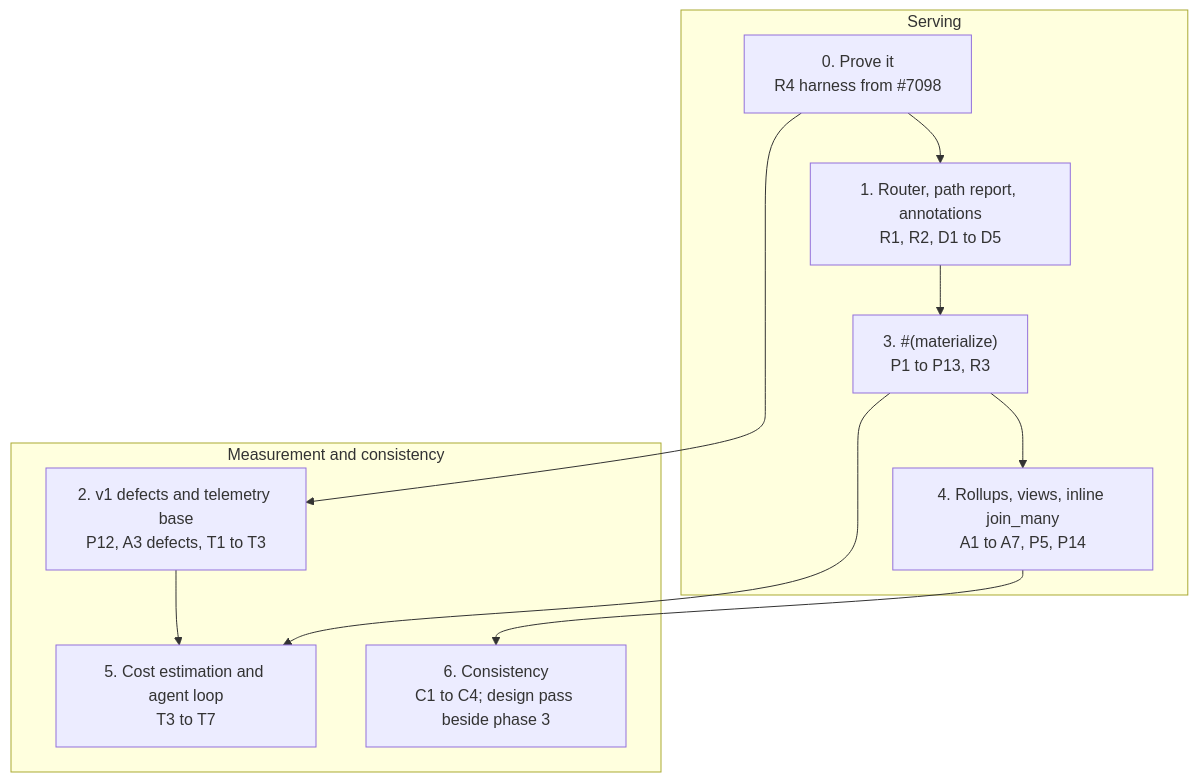
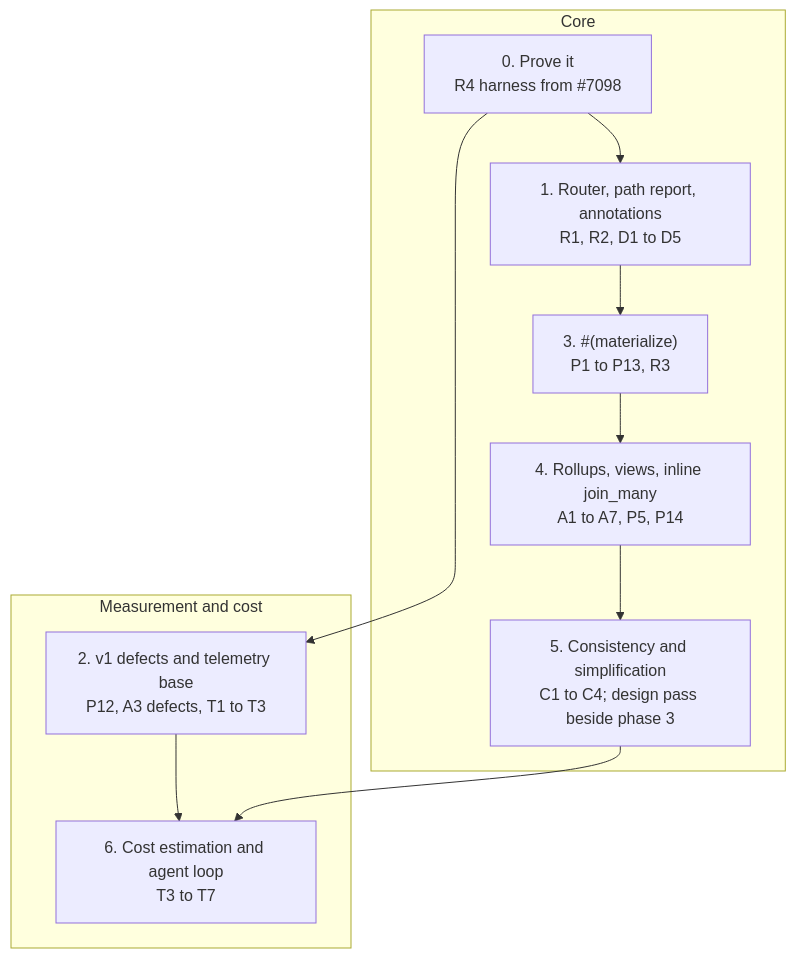
One commit to malloydata/publisher changed the second of 2 diagrams in docs/materialization-v2-plan.md. Above: the diagram before and after it, drawn with Mermaid. The commit also changed other lines of this file, not shown here.

First line of the commit message:
docs: swap phases 5 and 6 of the materialization v2 plan, and add a simplification pass to the core

````diff
--- a/docs/materialization-v2-plan.md
+++ b/docs/materialization-v2-plan.md
@@ -218,21 +218,21 @@
 ```mermaid
 flowchart TB
-  subgraph Serving
+  subgraph Core
     P0["0. Prove it<br/>R4 harness from #7098"]
     P1["1. Router, path report, annotations<br/>R1, R2, D1 to D5"]
     P3["3. #(materialize)<br/>P1 to P13, R3"]
     P4["4. Rollups, views, inline join_many<br/>A1 to A7, P5, P14"]
+    P5["5. Consistency and simplification<br/>C1 to C4; design pass beside phase 3"]
   end
-  subgraph Measurement and consistency
+  subgraph Measurement and cost
     P2["2. v1 defects and telemetry base<br/>P12, A3 defects, T1 to T3"]
-    P5["5. Cost estimation and agent loop<br/>T3 to T7"]
-    P6["6. Consistency<br/>C1 to C4; design pass beside phase 3"]
+    P6["6. Cost estimation and agent loop<br/>T3 to T7"]
   end
   P0 --> P1
   P0 --> P2
   P1 --> P3
   P3 --> P4
-  P2 --> P5
-  P3 --> P5
-  P4 --> P6
+  P4 --> P5
+  P2 --> P6
+  P5 --> P6
 ```
````
